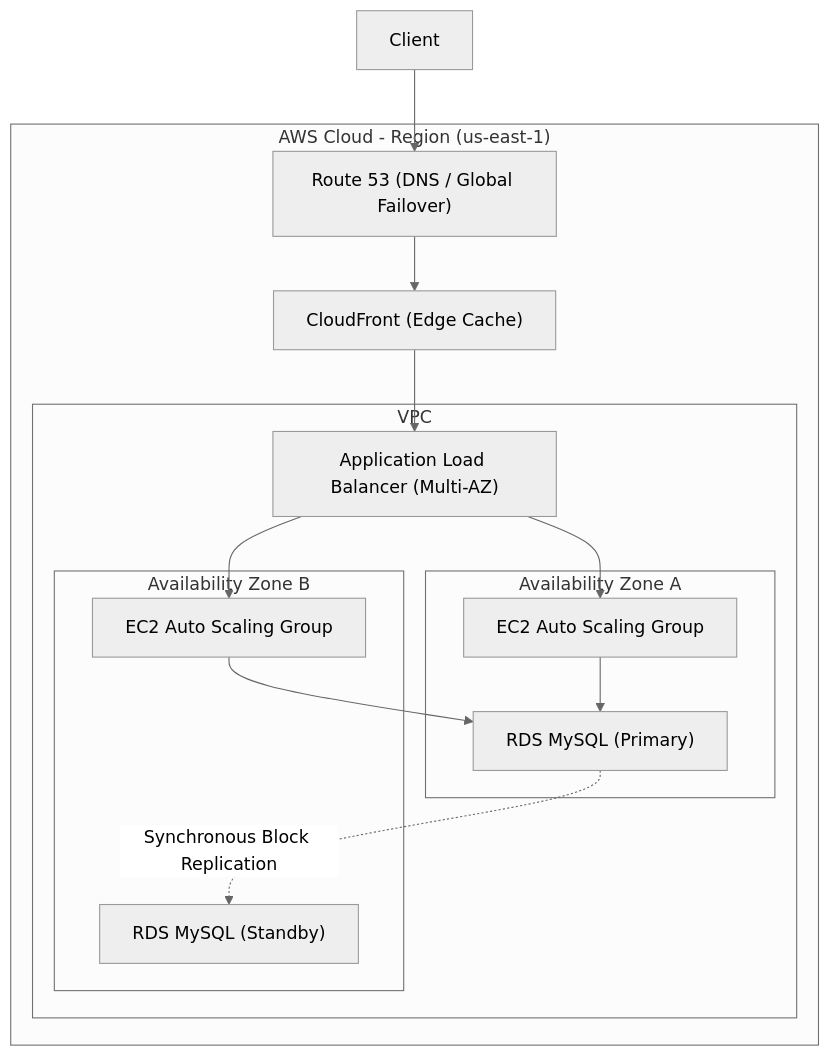
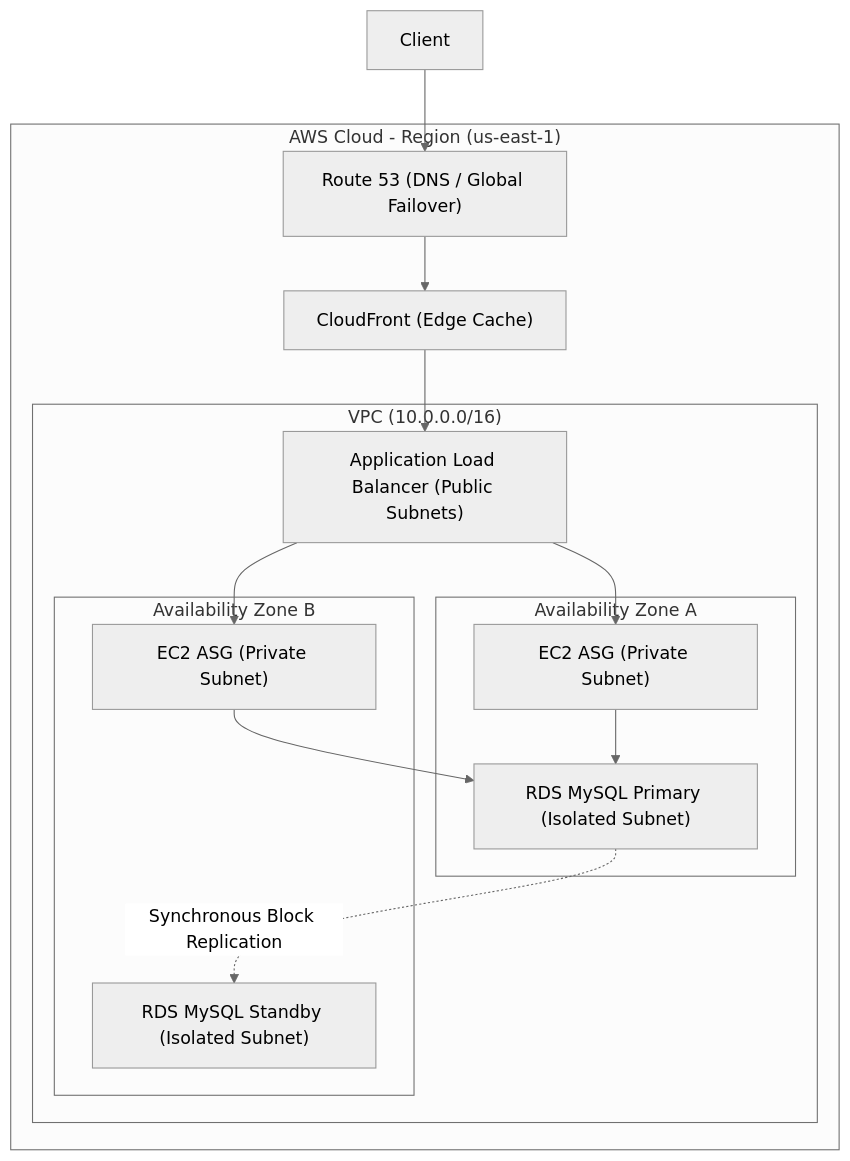
One commit to fazleyrabby/backend-engineering-mastery changed the diagram in cloud-devops/05_aws_saa_c03_certification_guide.md. Above: the diagram before and after it, drawn with Mermaid (neutral theme). The commit also changed other lines of this file, not shown here.

Commit message:
docs: expand AWS SAA-C03 certification guide to 297 lines with Well-Architected patterns

````diff
--- a/cloud-devops/05_aws_saa_c03_certification_guide.md
+++ b/cloud-devops/05_aws_saa_c03_certification_guide.md
@@ -24,30 +44,30 @@
 ```mermaid
 graph TD
     subgraph "AWS Cloud - Region (us-east-1)"
         R53["Route 53 (DNS / Global Failover)"]
         CF["CloudFront (Edge Cache)"]
         
-        subgraph "VPC"
-            ALB["Application Load Balancer (Multi-AZ)"]
+        subgraph "VPC (10.0.0.0/16)"
+            ALB["Application Load Balancer (Public Subnets)"]
             
             subgraph "Availability Zone A"
-                ASG_A["EC2 Auto Scaling Group"]
-                RDS_Pri["RDS MySQL (Primary)"]
+                ASG_A["EC2 ASG (Private Subnet)"]
+                RDS_Pri["RDS MySQL Primary (Isolated Subnet)"]
             end
             
             subgraph "Availability Zone B"
-                ASG_B["EC2 Auto Scaling Group"]
-                RDS_Stby["RDS MySQL (Standby)"]
+                ASG_B["EC2 ASG (Private Subnet)"]
+                RDS_Stby["RDS MySQL Standby (Isolated Subnet)"]
             end
         end
     end
 
     Client --> R53
     R53 --> CF
     CF --> ALB
     ALB --> ASG_A
     ALB --> ASG_B
     ASG_A --> RDS_Pri
     ASG_B --> RDS_Pri
     RDS_Pri -.->|"Synchronous Block Replication"| RDS_Stby
 ```
````
